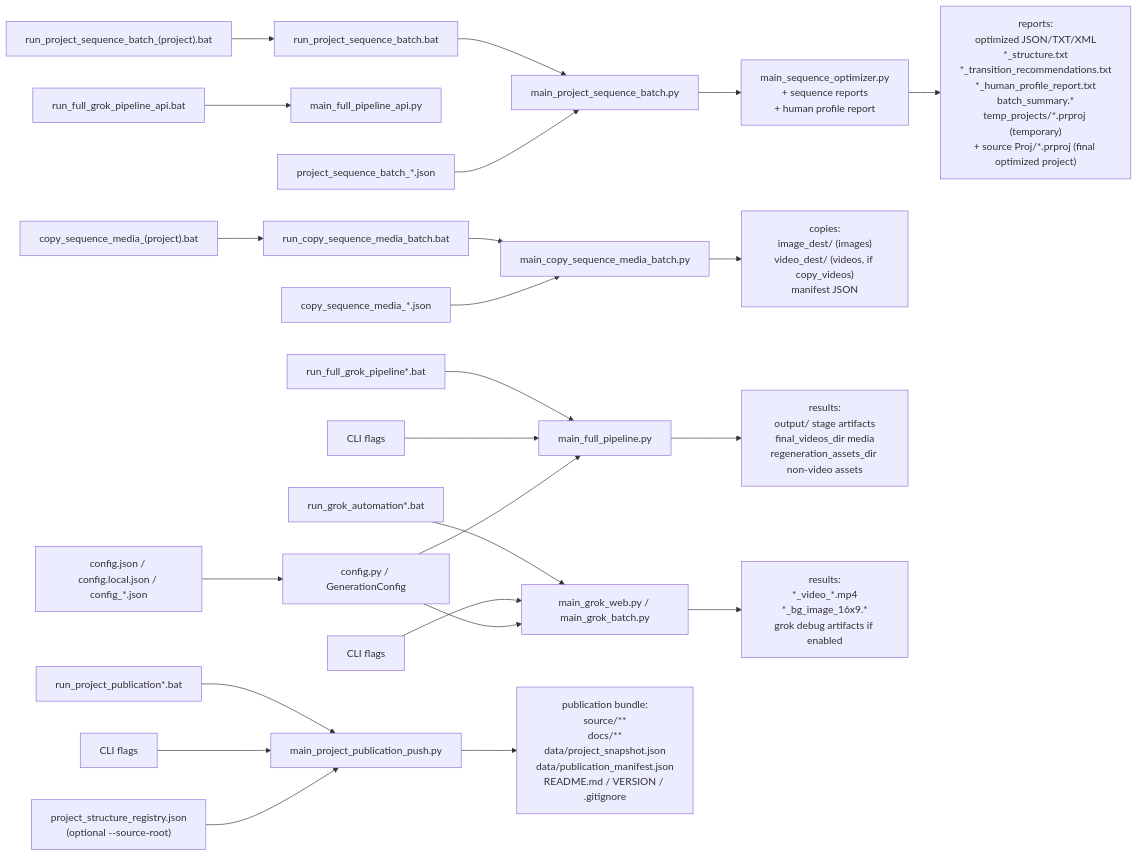
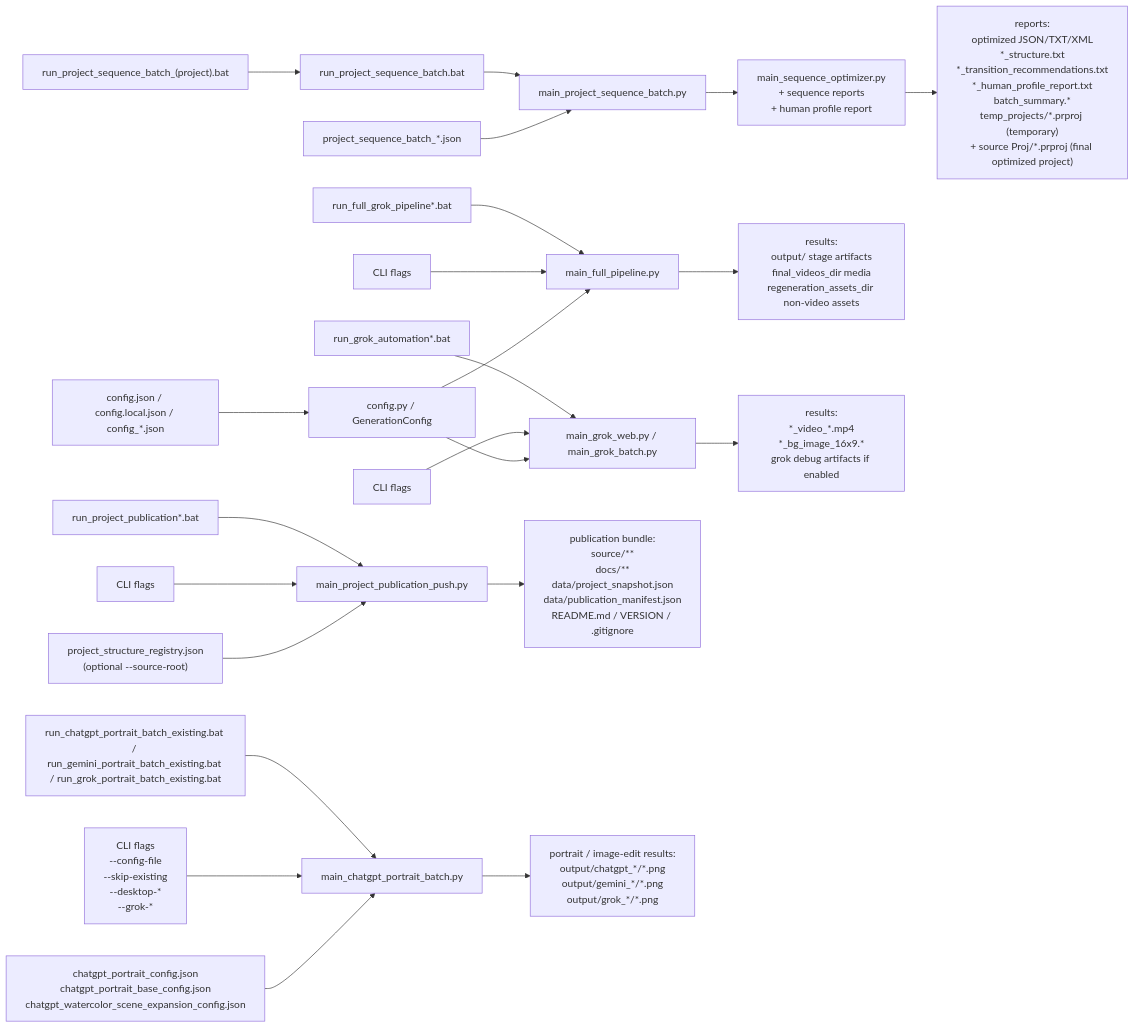
Before and after one commit to sergey-frd/Memory-to-Video_Agent: the diagram in docs/USER_GUIDE_EN.md, drawn with Mermaid. The commit also changed other lines of this file and 330 other files, not shown here.

````diff
--- a/docs/USER_GUIDE_EN.md
+++ b/docs/USER_GUIDE_EN.md
@@ -304,31 +504,29 @@
 ```mermaid
 flowchart LR
   B1["run_full_grok_pipeline*.bat"] --> P1["main_full_pipeline.py"]
-  B1A["run_full_grok_pipeline_api.bat"] --> P1A["main_full_pipeline_api.py"]
   B2["run_grok_automation*.bat"] --> P2["main_grok_web.py / main_grok_batch.py"]
   B3A["run_project_sequence_batch_(project).bat"] --> B3["run_project_sequence_batch.bat"]
-  B6A["copy_sequence_media_(project).bat"] --> B6["run_copy_sequence_media_batch.bat"]
-  B6 --> P6["main_copy_sequence_media_batch.py"]
   B3 --> P3["main_project_sequence_batch.py"]
   B4["run_project_publication*.bat"] --> P4["main_project_publication_push.py"]
+  B5["run_chatgpt_portrait_batch_existing.bat / run_gemini_portrait_batch_existing.bat / run_grok_portrait_batch_existing.bat"] --> P6["main_chatgpt_portrait_batch.py"]
 
   A1["CLI flags"] --> P1
   A2["CLI flags"] --> P2
+  A5["CLI flags\n--config-file\n--skip-existing\n--desktop-*\n--grok-*"] --> P6
   C1["config.json / config.local.json / config_*.json"] --> G1["config.py / GenerationConfig"]
   G1 --> P1
   G1 --> P2
+  C5["chatgpt_portrait_config.json\nchatgpt_portrait_base_config.json\nchatgpt_watercolor_scene_expansion_config.json"] --> P6
 
   C3["project_sequence_batch_*.json"] --> P3
   P3 --> P5["main_sequence_optimizer.py\n+ sequence reports\n+ human profile report"]
-
-  C6["copy_sequence_media_*.json"] --> P6
-  P6 --> O6["copies:\nimage_dest/ (images)\nvideo_dest/ (videos, if copy_videos)\nmanifest JSON"]
 
   A4["CLI flags"] --> P4
   R1["project_structure_registry.json\n(optional --source-root)"] --> P4
 
   P1 --> O1["results:\noutput/ stage artifacts\nfinal_videos_dir media\nregeneration_assets_dir non-video assets"]
   P2 --> O2["results:\n*_video_*.mp4\n*_bg_image_16x9.*\ngrok debug artifacts if enabled"]
   P5 --> O3["reports:\noptimized JSON/TXT/XML\n*_structure.txt\n*_transition_recommendations.txt\n*_human_profile_report.txt\nbatch_summary.*\ntemp_projects/*.prproj (temporary)\n+ source Proj/*.prproj (final optimized project)"]
   P4 --> O4["publication bundle:\nsource/**\ndocs/**\ndata/project_snapshot.json\ndata/publication_manifest.json\nREADME.md / VERSION / .gitignore"]
+  P6 --> O5["portrait / image-edit results:\noutput/chatgpt_*/*.png\noutput/gemini_*/*.png\noutput/grok_*/*.png"]
 ```
````
